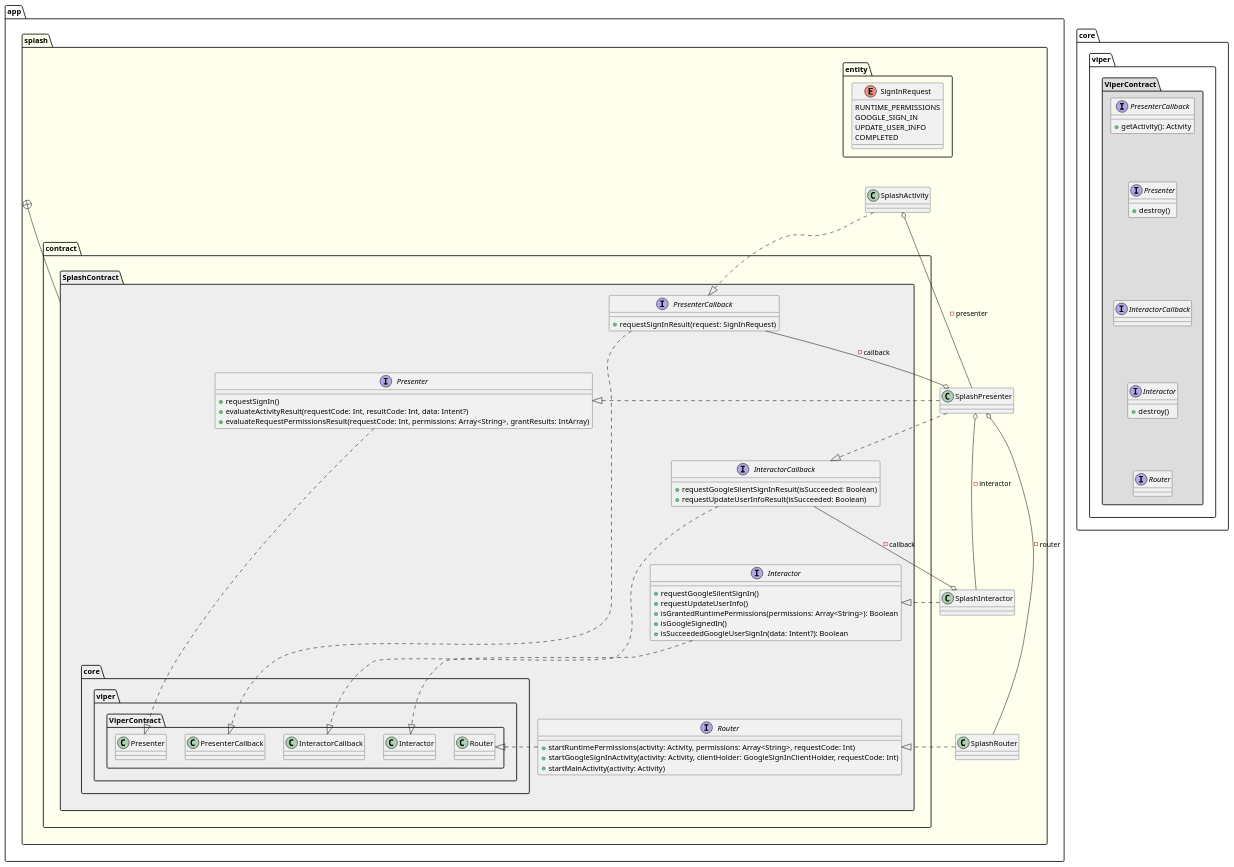
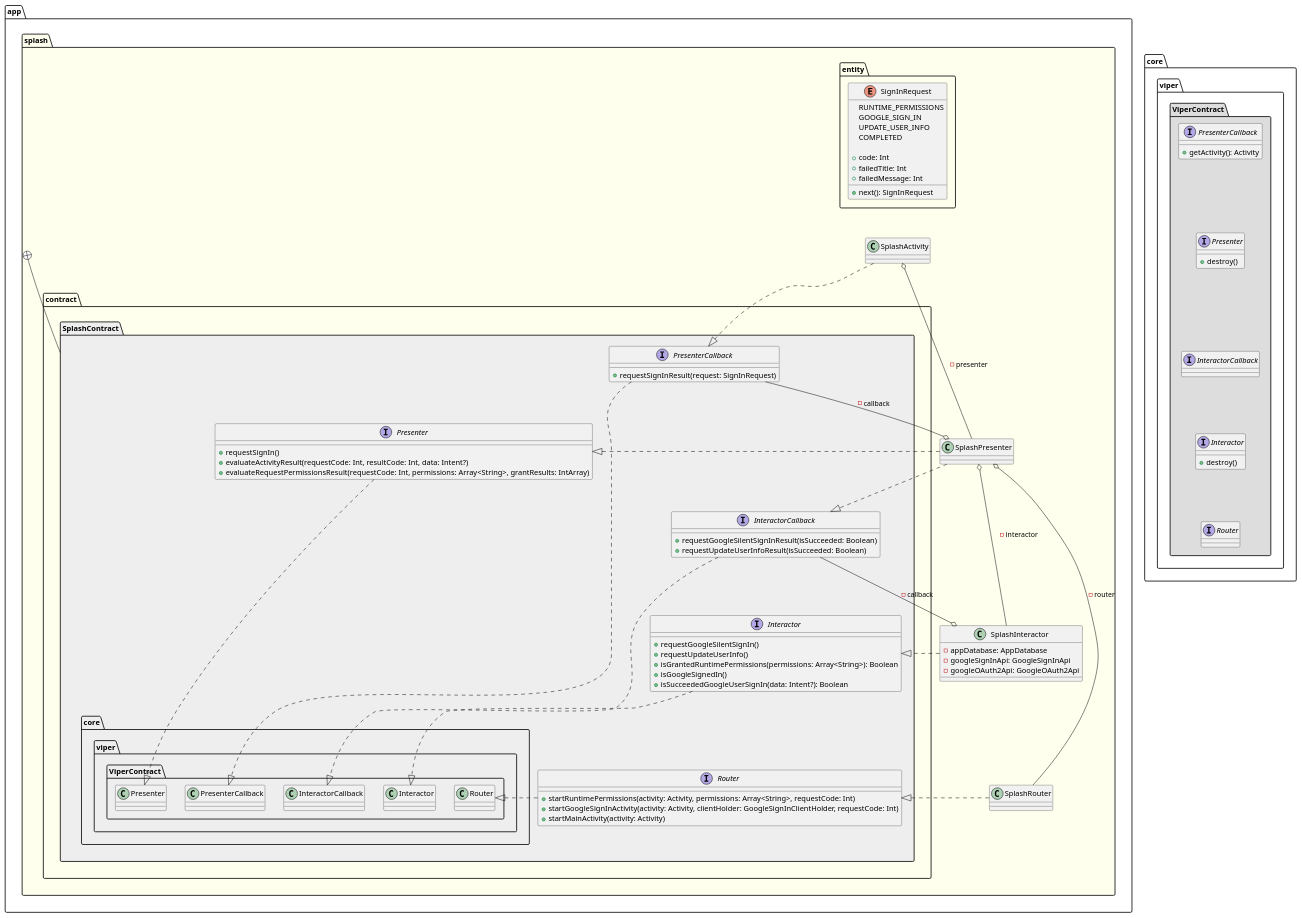
Before and after one commit to sallyluenoa/PhotoSlideShow: the diagram in uml/splash/class_diagram_splash_viper.md, drawn with PlantUML. The commit also changed 3 other files, not shown here.

First line of the commit message:
Write UML for design #13

```diff
--- a/uml/splash/class_diagram_splash_viper.md
+++ b/uml/splash/class_diagram_splash_viper.md
@@ -1,5 +1,31 @@
 @startuml
 namespace app.splash #FFFFEE {
+
+  namespace entity {
+    enum SignInRequest {
+      RUNTIME_PERMISSIONS
+      GOOGLE_SIGN_IN
+      UPDATE_USER_INFO
+      COMPLETED
+
+      + code: Int
+      + failedTitle: Int
+      + failedMessage: Int
+      + next(): SignInRequest
+    }
+
+    SignInRequest -[hidden]-> app.splash.SplashActivity
+  }
+
+  class SplashActivity
+  class SplashPresenter
+  class SplashInteractor {
+    - appDatabase: AppDatabase
+    - googleSignInApi: GoogleSignInApi
+    - googleOAuth2Api: GoogleOAuth2Api
+  }
+  class SplashRouter
+
   SplashActivity o-- SplashPresenter: -presenter
   SplashPresenter o--- SplashInteractor: -interactor
   SplashPresenter o---- SplashRouter: -router
@@ -17,16 +43,6 @@
   app.splash.contract.SplashContract.Interactor -[hidden]> SplashInteractor
   app.splash.contract.SplashContract.Router -[hidden]> SplashRouter
 
-  namespace entity {
-    enum SignInRequest {
-      RUNTIME_PERMISSIONS
-      GOOGLE_SIGN_IN
-      UPDATE_USER_INFO
-      COMPLETED
-    }
-
-    SignInRequest -[hidden]-> app.splash.SplashActivity
-  }
 }
 
 namespace app.splash.contract.SplashContract #EEEEEE {
```
